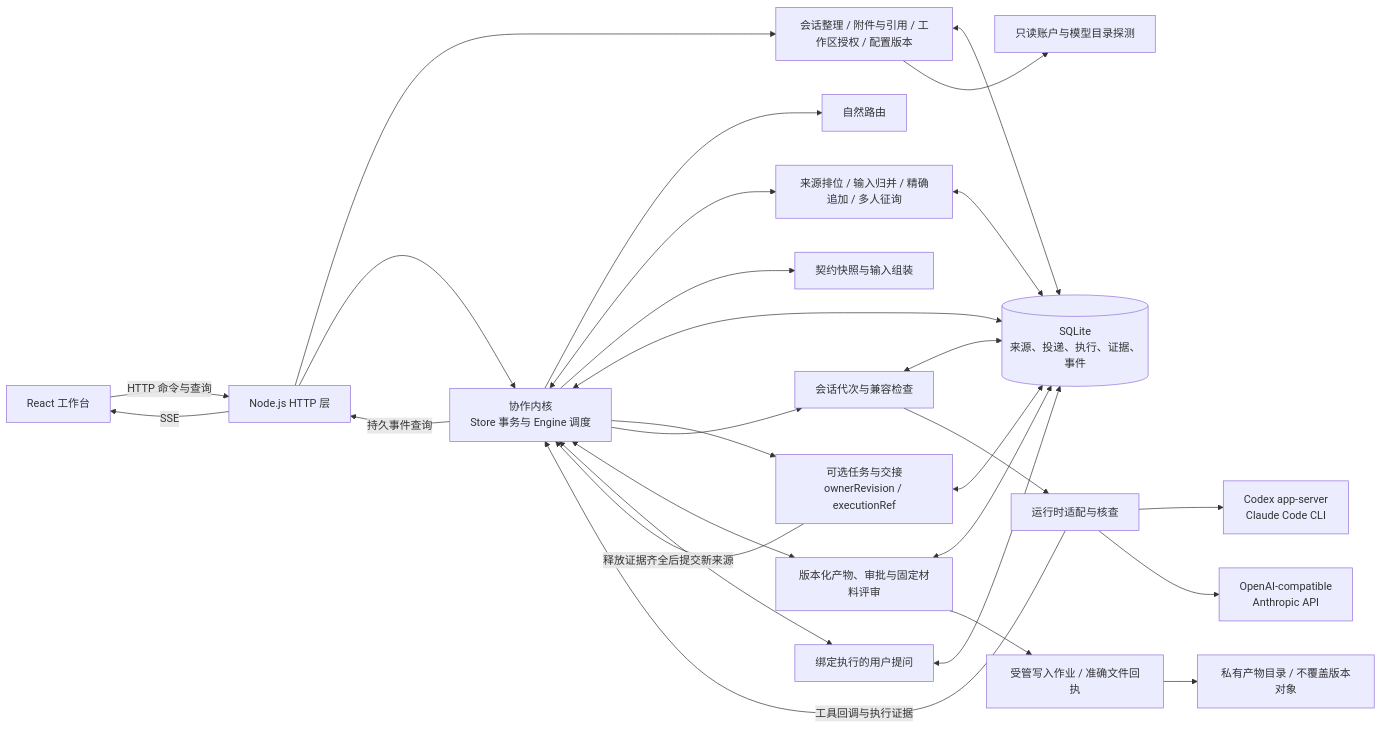
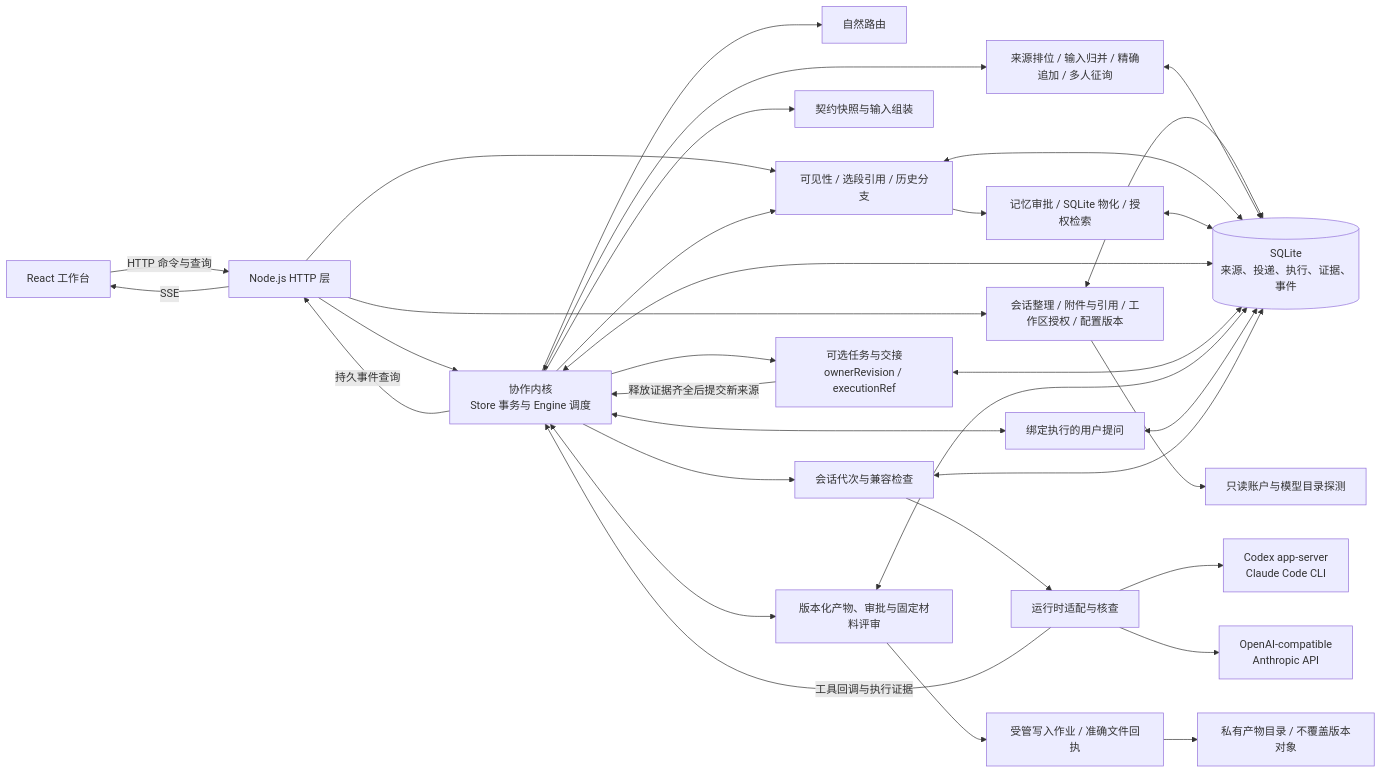
Before and after one commit to cat15926/HydraOcto: the first of 2 diagrams in README.md, drawn with Mermaid. The commit also changed other lines of this file and 33 other files, not shown here.

Commit message:
feat: deliver N8 visibility, history branches and governed memory

````diff
--- a/README.md
+++ b/README.md
@@ -27,30 +27,35 @@
 ```mermaid
 flowchart LR
   UI["React 工作台"] -->|"HTTP 命令与查询"| HTTP["Node.js HTTP 层"]
   HTTP --> WORKBENCH["会话整理 / 附件与引用 / 工作区授权 / 配置版本"]
   WORKBENCH <--> DB
   WORKBENCH --> DISCOVERY["只读账户与模型目录探测"]
   HTTP --> CORE["协作内核<br/>Store 事务与 Engine 调度"]
   CORE --> ROUTE["自然路由"]
   CORE <--> COOP["来源排位 / 输入归并 / 精确追加 / 多人征询"]
   COOP <--> DB
+  HTTP --> VISIBILITY["可见性 / 选段引用 / 历史分支"]
+  VISIBILITY <--> DB
+  CORE --> VISIBILITY
+  VISIBILITY --> MEMORY["记忆审批 / SQLite 物化 / 授权检索"]
+  MEMORY <--> DB
   CORE --> CONTEXT["契约快照与输入组装"]
   CORE <--> DB[("SQLite<br/>来源、投递、执行、证据、事件")]
   CORE --> TASK["可选任务与交接<br/>ownerRevision / executionRef"]
   TASK <--> DB
   TASK -->|"释放证据齐全后提交新来源"| CORE
   CORE --> SESSION["会话代次与兼容检查"]
   CORE <--> ARTIFACT["版本化产物、审批与固定材料评审"]
   ARTIFACT <--> DB
   ARTIFACT --> JOB["受管写入作业 / 准确文件回执"]
   JOB --> FILES["私有产物目录 / 不覆盖版本对象"]
   CORE <--> QUESTION["绑定执行的用户提问"]
   QUESTION <--> DB
   SESSION <--> DB
   SESSION --> RUNTIME["运行时适配与核查"]
   RUNTIME --> CLI["Codex app-server<br/>Claude Code CLI"]
   RUNTIME --> API["OpenAI-compatible<br/>Anthropic API"]
   RUNTIME -->|"工具回调与执行证据"| CORE
   CORE -->|"持久事件查询"| HTTP
   HTTP -->|"SSE"| UI
 ```
````
